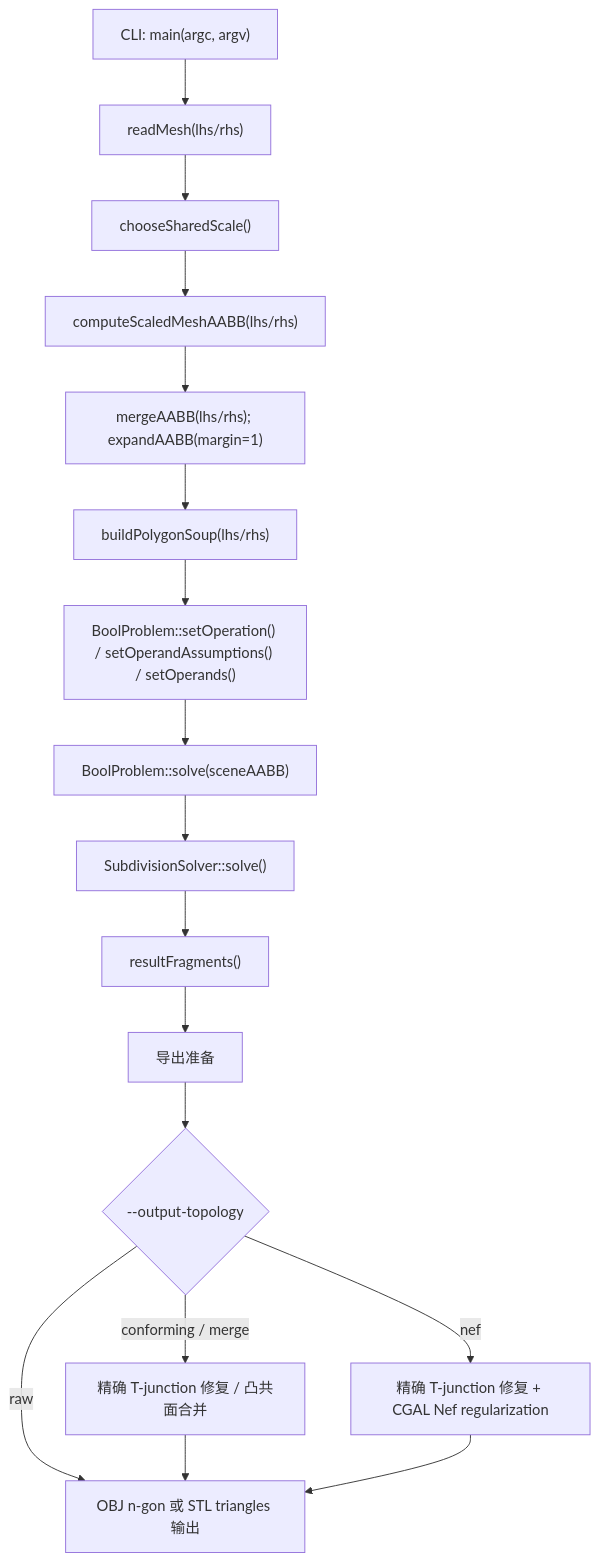
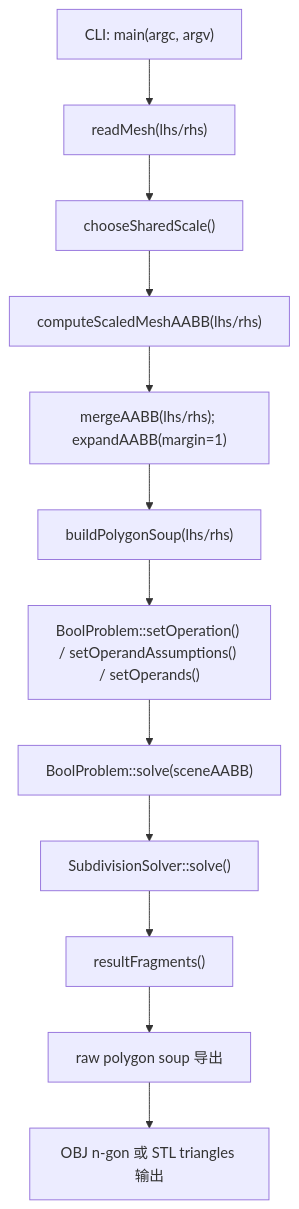
The first of 13 diagrams in docs/core-logic-flow.md (SDU-YueQiu/re-EMBER), drawn with Mermaid before and after one commit. The commit also changed other lines of this file and 7 other files, not shown here.

````diff
--- a/docs/core-logic-flow.md
+++ b/docs/core-logic-flow.md
@@ -32,19 +32,14 @@
 ```mermaid
 flowchart TD
     A["CLI: main(argc, argv)"] --> B["readMesh(lhs/rhs)"]
     B --> C["chooseSharedScale()"]
     C --> D["computeScaledMeshAABB(lhs/rhs)"]
     D --> E["mergeAABB(lhs/rhs); expandAABB(margin=1)"]
     E --> F["buildPolygonSoup(lhs/rhs)"]
     F --> G["BoolProblem::setOperation() / setOperandAssumptions() / setOperands()"]
     G --> H["BoolProblem::solve(sceneAABB)"]
     H --> I["SubdivisionSolver::solve()"]
     I --> J["resultFragments()"]
-    J --> K["导出准备"]
-    K --> K1{"--output-topology"}
-    K1 -->|"raw"| L["OBJ n-gon 或 STL triangles 输出"]
-    K1 -->|"conforming / merge"| M["精确 T-junction 修复 / 凸共面合并"]
-    M --> L
-    K1 -->|"nef"| N["精确 T-junction 修复 + CGAL Nef regularization"]
-    N --> L
+    J --> K["raw polygon soup 导出"]
+    K --> L["OBJ n-gon 或 STL triangles 输出"]
 ```
````
